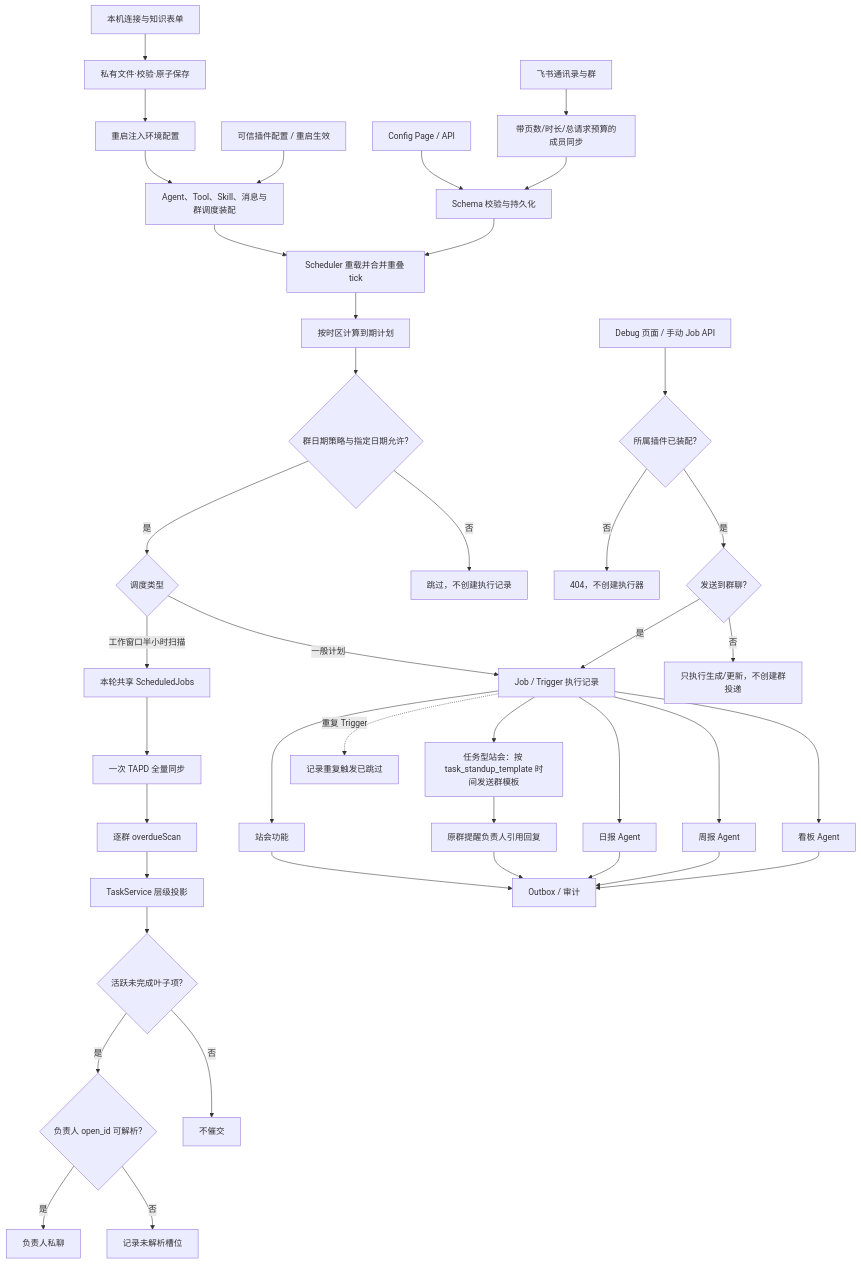
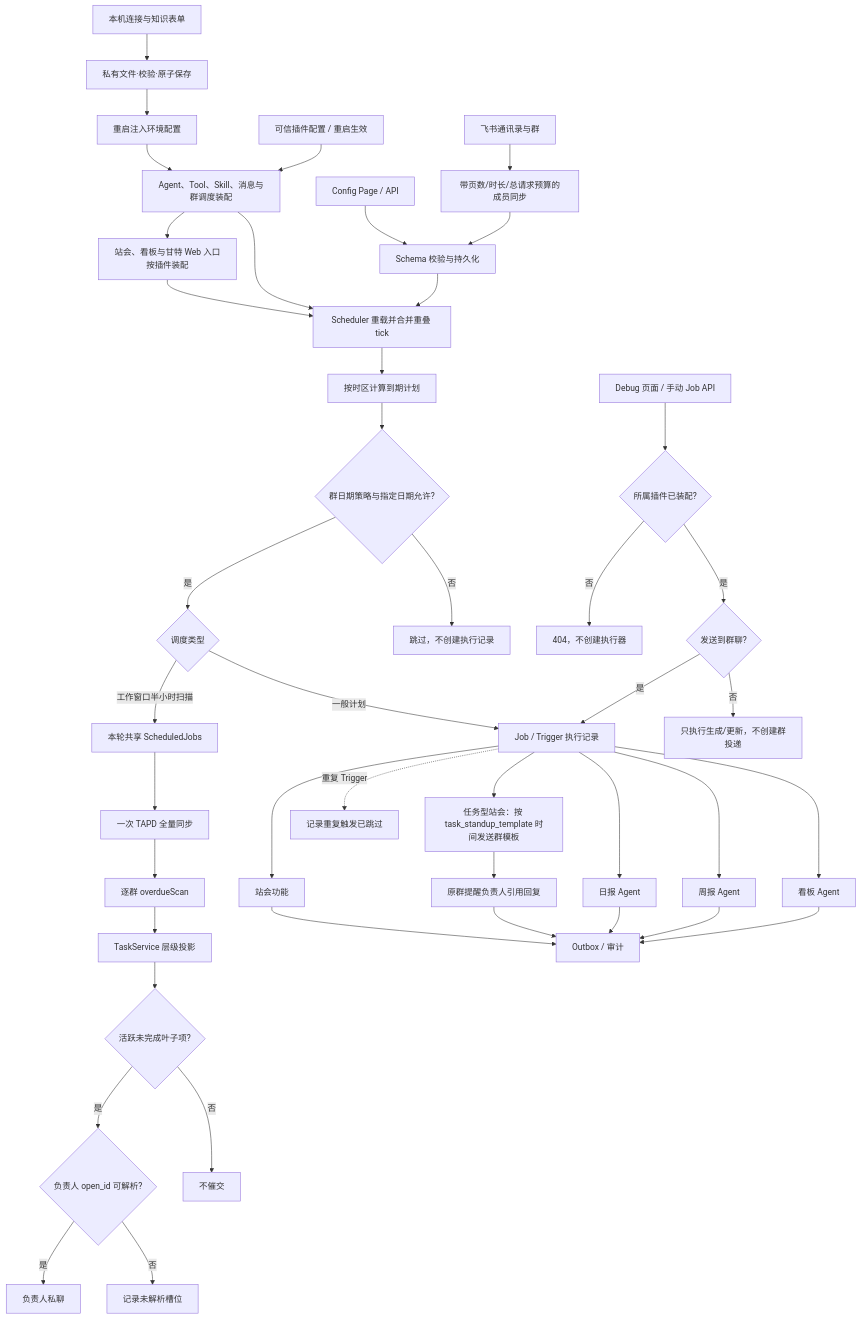
Before and after one commit to KlayPeter/AI-Delivery-Ops-Agent: the diagram in backend/src/core/configuration-scheduling/FEATURE.md, drawn with Mermaid. The commit also changed other lines of this file and 28 other files, not shown here.

````diff
--- a/backend/src/core/configuration-scheduling/FEATURE.md
+++ b/backend/src/core/configuration-scheduling/FEATURE.md
@@ -21,43 +21,45 @@
 ```mermaid
 flowchart TD
     LC[本机连接与知识表单] --> LF[私有文件·校验·原子保存]
     LF --> BOOT[重启注入环境配置]
     BOOT --> PH
     PC["可信插件配置 / 重启生效"] --> PH["Agent、Tool、Skill、消息与群调度装配"]
+    PH --> VIS[站会、看板与甘特 Web 入口按插件装配]
+    VIS --> E
     PH --> E
     A["Config Page / API"] --> B["Schema 校验与持久化"]
     C["飞书通讯录与群"] --> D["带页数/时长/总请求预算的成员同步"]
     D --> B
     B --> E["Scheduler 重载并合并重叠 tick"]
     E --> F["按时区计算到期计划"]
     F --> HC{"群日期策略与指定日期允许?"}
     HC -- "是" --> L{"调度类型"}
     HC -- "否" --> HS["跳过，不创建执行记录"]
     L -- "一般计划" --> G["Job / Trigger 执行记录"]
     L -- "工作窗口半小时扫描" --> S["本轮共享 ScheduledJobs"]
     S --> T["一次 TAPD 全量同步"]
     T --> M["逐群 overdueScan"]
     M --> P["TaskService 层级投影"]
     P --> Q{"活跃未完成叶子项?"}
     Q -- "是" --> V{"负责人 open_id 可解析?"}
     Q -- "否" --> R["不催交"]
     V -- "是" --> N["负责人私聊"]
     V -- "否" --> U["记录未解析槽位"]
     G --> H["站会功能"]
     G --> I["日报 Agent"]
     G --> W["周报 Agent"]
     G --> J["看板 Agent"]
     D2["Debug 页面 / 手动 Job API"] --> OWNER{所属插件已装配?}
     OWNER -- 否 --> REJECT[404，不创建执行器]
     OWNER -- 是 --> G2{"发送到群聊?"}
     G2 -- "是" --> G
     G2 -- "否" --> U2["只执行生成/更新，不创建群投递"]
     H --> K["Outbox / 审计"]
     G --> TS["任务型站会：按 task_standup_template 时间发送群模板"]
     TS --> TR["原群提醒负责人引用回复"]
     TR --> K
     I --> K
     W --> K
     J --> K
     G -. "重复 Trigger" .-> X["记录重复触发已跳过"]
 ```
````
